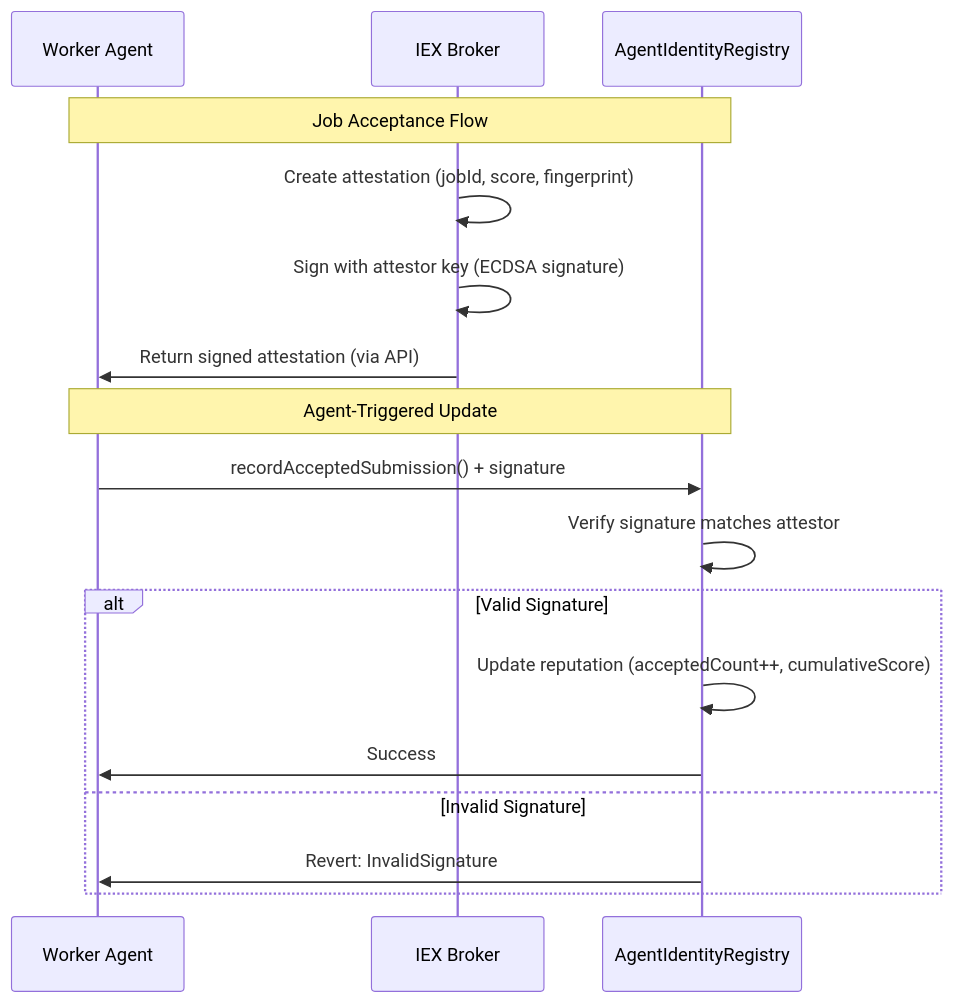
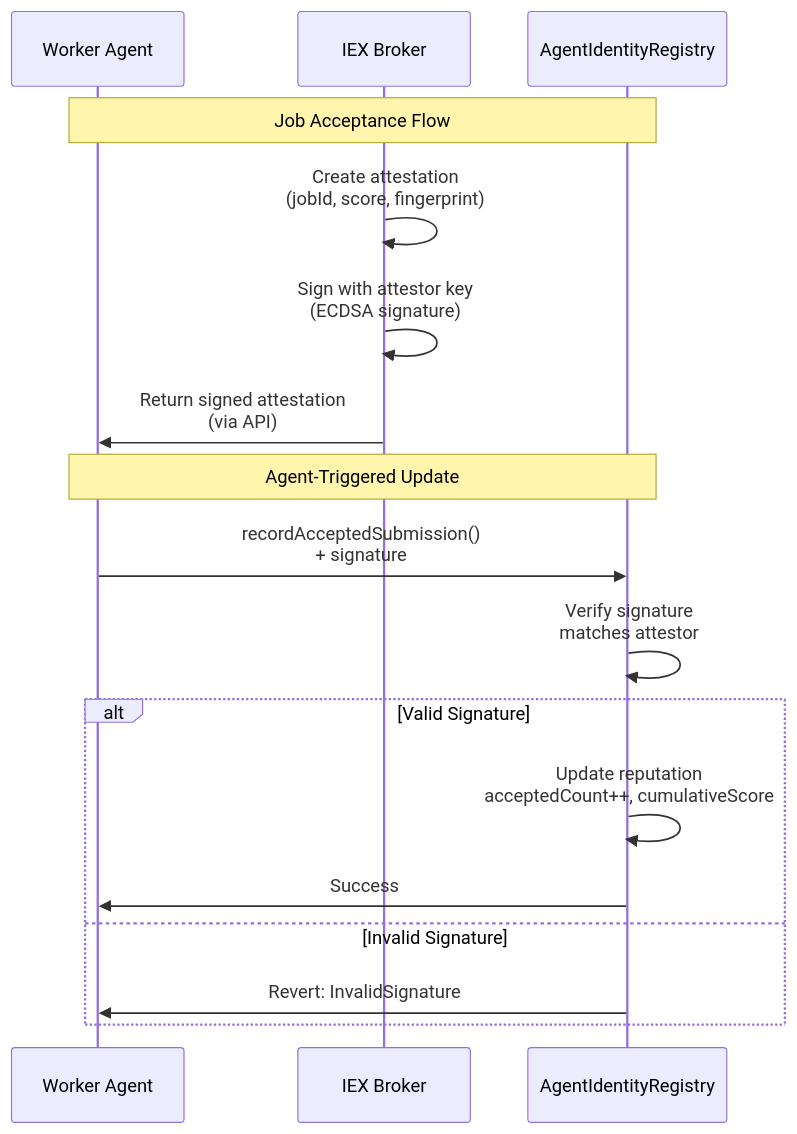
The third of 4 diagrams in docs/architecture/intelligence-derivatives-evolution.md (chimera-defi/ethglobal-cannes-2026-intelligence-exchange), drawn with Mermaid before and after one commit. The commit also changed other lines of this file and 2 other files, not shown here.

First line of the commit message:
docs: add architecture diagrams for data flows and tokenization [Agent: Kimi Code CLI]

````diff
--- a/docs/architecture/intelligence-derivatives-evolution.md
+++ b/docs/architecture/intelligence-derivatives-evolution.md
@@ -103,24 +101,24 @@
 ```mermaid
 sequenceDiagram
     participant Agent as Worker Agent
     participant Broker as IEX Broker
     participant Contract as AgentIdentityRegistry
 
     Note over Agent,Contract: Job Acceptance Flow
     
-    Broker->>Broker: Create attestation (jobId, score, fingerprint)
-    Broker->>Broker: Sign with attestor key (ECDSA signature)
-    Broker->>Agent: Return signed attestation (via API)
+    Broker->>Broker: Create attestation<br/>(jobId, score, fingerprint)
+    Broker->>Broker: Sign with attestor key<br/>(ECDSA signature)
+    Broker->>Agent: Return signed attestation<br/>(via API)
     
     Note over Agent,Contract: Agent-Triggered Update
     
-    Agent->>Contract: recordAcceptedSubmission() + signature
-    Contract->>Contract: Verify signature matches attestor
+    Agent->>Contract: recordAcceptedSubmission()<br/>+ signature
+    Contract->>Contract: Verify signature<br/>matches attestor
     
     alt Valid Signature
-        Contract->>Contract: Update reputation (acceptedCount++, cumulativeScore)
+        Contract->>Contract: Update reputation<br/>acceptedCount++, cumulativeScore
         Contract->>Agent: Success
     else Invalid Signature
         Contract->>Agent: Revert: InvalidSignature
     end
 ```
````
